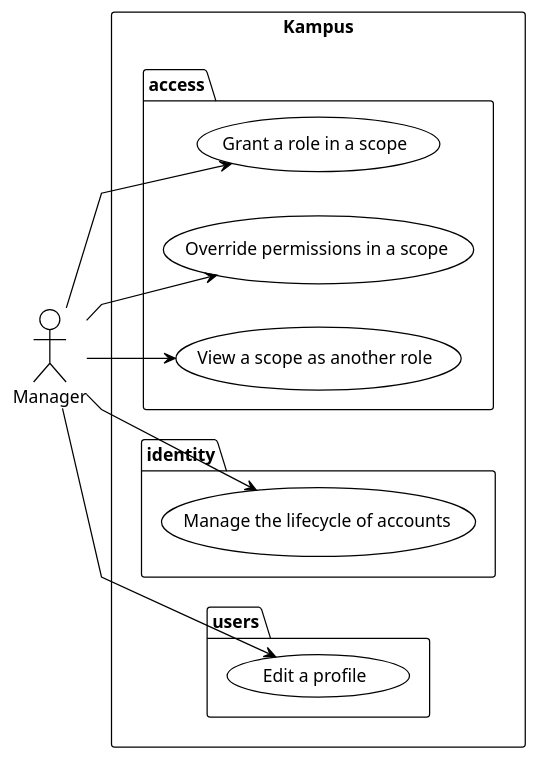
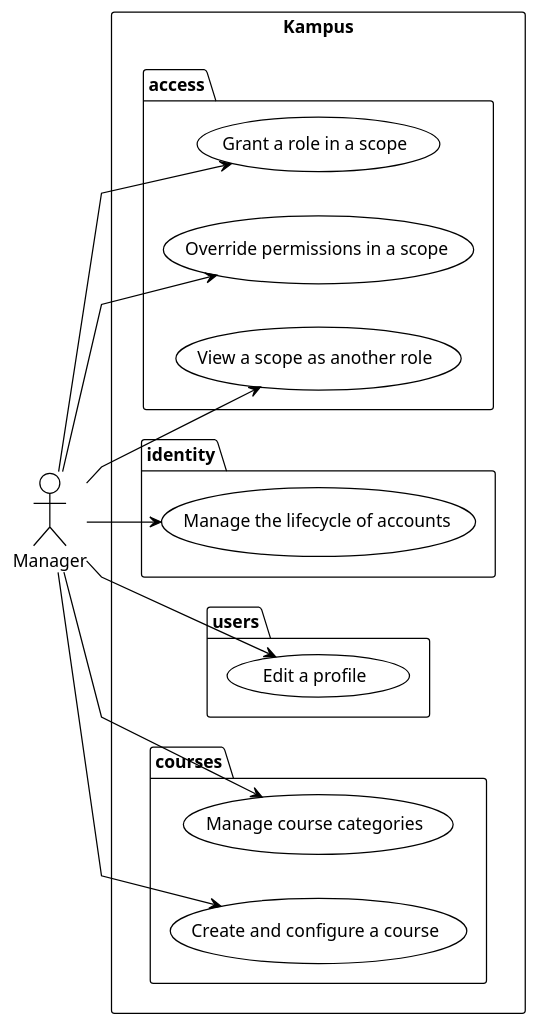
The diagram in docs/01-requirements/use-cases-manager.puml (didactika/kampus), drawn with PlantUML before and after one commit. The commit also changed 85 other files, not shown here.

First line of the commit message:
docs(docs): design categories, courses, sections and groups

```diff
--- a/docs/01-requirements/use-cases-manager.puml
+++ b/docs/01-requirements/use-cases-manager.puml
@@ -1,28 +1,34 @@
 @startuml
 !theme plain
 skinparam linetype polyline
 left to right direction
 
 actor "Manager" as A_Manager
 
 rectangle "Kampus" {
   package "access" {
     usecase "Grant a role in a scope" as UC_grantRole
     usecase "Override permissions in a scope" as UC_overridePermission
     usecase "View a scope as another role" as UC_viewAsRole
   }
   package "identity" {
     usecase "Manage the lifecycle of accounts" as UC_manageAccountLifecycle
   }
   package "users" {
     usecase "Edit a profile" as UC_editProfile
   }
+  package "courses" {
+    usecase "Manage course categories" as UC_manageCategories
+    usecase "Create and configure a course" as UC_createCourse
+  }
 }
 
 A_Manager --> UC_grantRole
 A_Manager --> UC_overridePermission
 A_Manager --> UC_viewAsRole
 A_Manager --> UC_manageAccountLifecycle
 A_Manager --> UC_editProfile
+A_Manager --> UC_manageCategories
+A_Manager --> UC_createCourse
 
 @enduml
```
